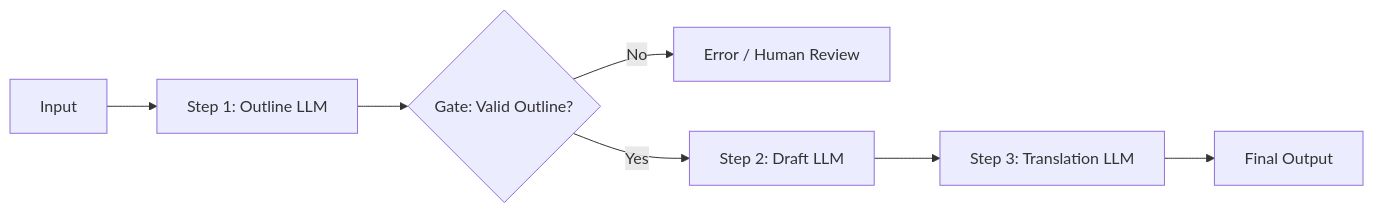
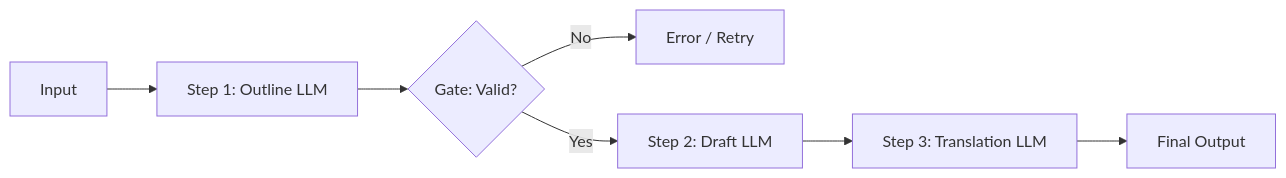
Before and after one commit to sivaskm/agentic-ai-engineering: the sixth of 14 diagrams in module-01-agentic-ai-foundations/content/01-from-generative-ai-to-agentic-control-loops.md, drawn with Mermaid. The commit also changed other lines of this file and 8 other files, not shown here.

````diff
--- a/module-01-agentic-ai-foundations/content/01-from-generative-ai-to-agentic-control-loops.md
+++ b/module-01-agentic-ai-foundations/content/01-from-generative-ai-to-agentic-control-loops.md
@@ -229,9 +255,9 @@
 ```mermaid
 flowchart LR
     Input[Input] --> Step1[Step 1: Outline LLM]
-    Step1 --> Gate{Gate: Valid Outline?}
-    Gate -- No --> Fallback[Error / Human Review]
+    Step1 --> Gate{Gate: Valid?}
+    Gate -- No --> Fallback[Error / Retry]
     Gate -- Yes --> Step2[Step 2: Draft LLM]
     Step2 --> Step3[Step 3: Translation LLM]
     Step3 --> Output[Final Output]
 ```
````
